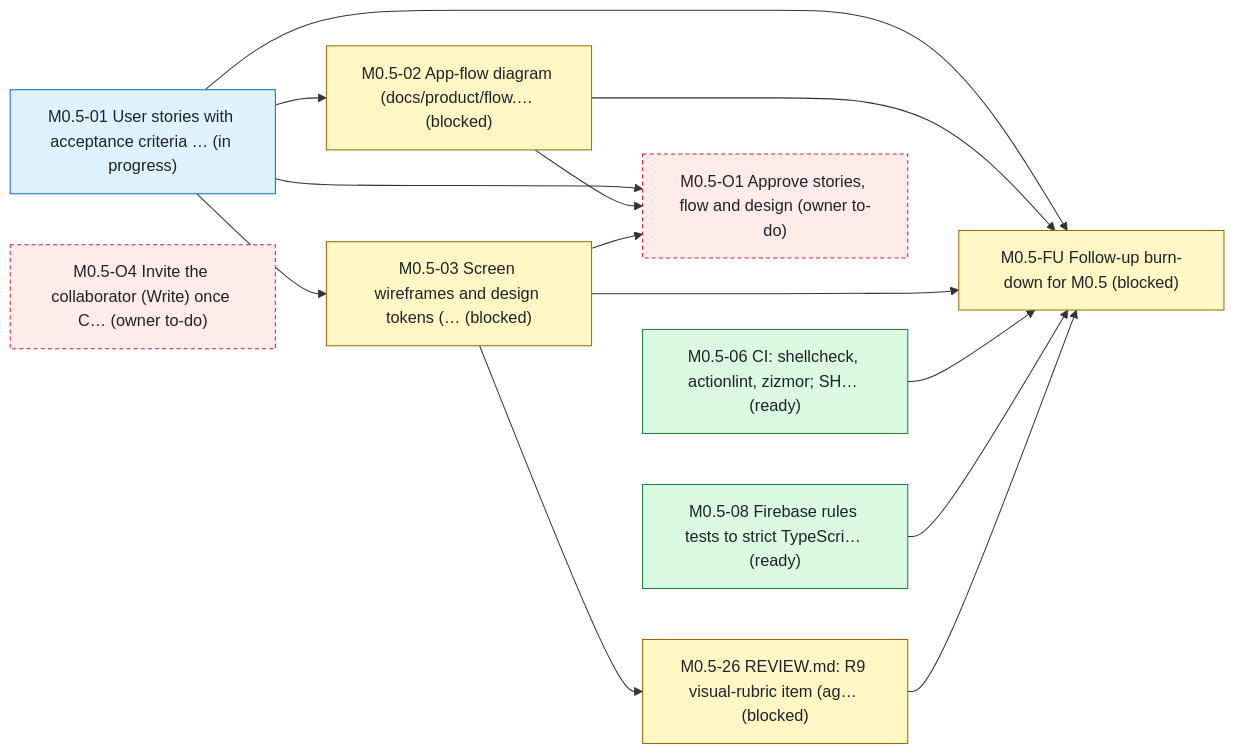
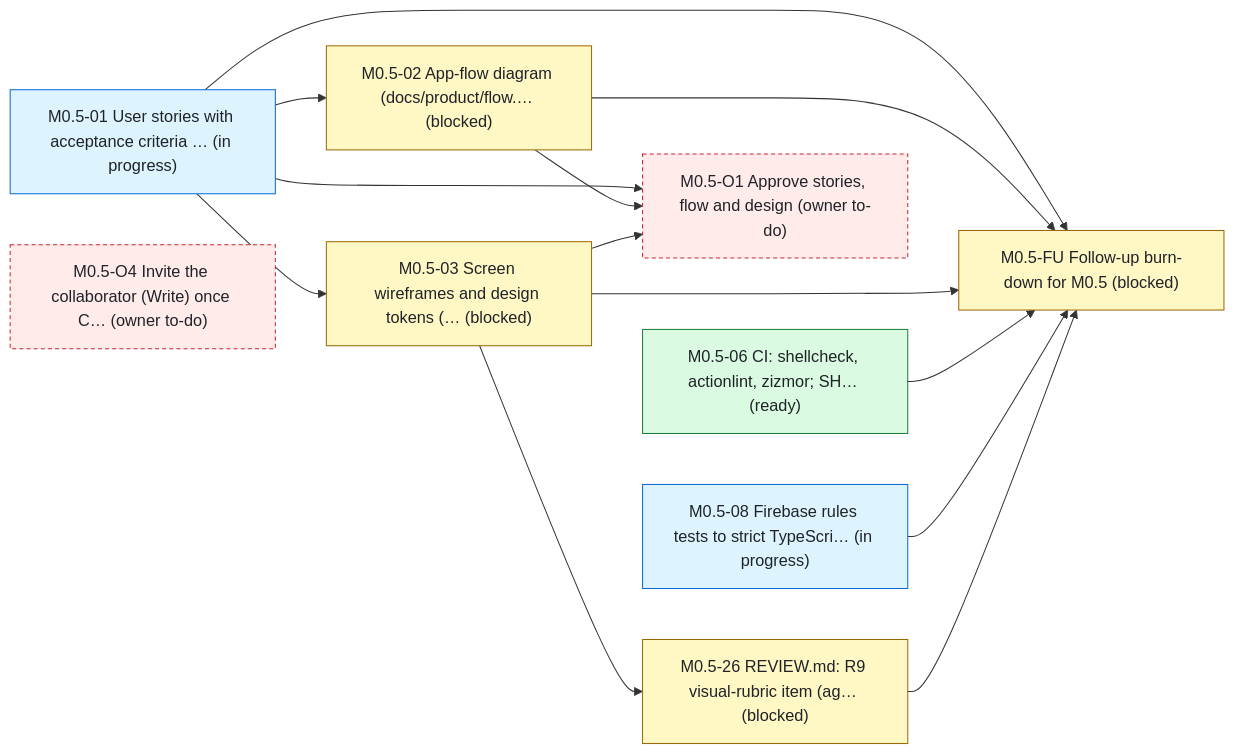
The first of 2 diagrams in status.md (bondo/listicles2), drawn with Mermaid before and after one commit. The commit also changed other lines of this file and 2 other files, not shown here.

````diff
--- a/status.md
+++ b/status.md
@@ -108,29 +108,29 @@
 ```mermaid
 flowchart LR
     n0["M0.5-01 User stories with acceptance criteria … (in progress)"]:::progress
     n1["M0.5-02 App-flow diagram (docs/product/flow.… (blocked)"]:::blocked
     n2["M0.5-03 Screen wireframes and design tokens (… (blocked)"]:::blocked
     n3["M0.5-06 CI: shellcheck, actionlint, zizmor#59; SH… (ready)"]:::ready
-    n4["M0.5-08 Firebase rules tests to strict TypeScri… (ready)"]:::ready
+    n4["M0.5-08 Firebase rules tests to strict TypeScri… (in progress)"]:::progress
     n5["M0.5-FU Follow-up burn-down for M0.5 (blocked)"]:::blocked
     n6["M0.5-O1 Approve stories, flow and design (owner to-do)"]:::owner
     n7["M0.5-26 REVIEW.md: R9 visual-rubric item (ag… (blocked)"]:::blocked
     n8["M0.5-O4 Invite the collaborator (Write) once C… (owner to-do)"]:::owner
     n0 --> n1
     n0 --> n2
     n0 --> n5
     n1 --> n5
     n2 --> n5
     n3 --> n5
     n4 --> n5
     n7 --> n5
     n0 --> n6
     n1 --> n6
     n2 --> n6
     n2 --> n7
     classDef ready fill:#dafbe1,stroke:#1a7f37,color:#1f2328
     classDef progress fill:#ddf4ff,stroke:#0969da,color:#1f2328
     classDef blocked fill:#fff8c5,stroke:#9a6700,color:#1f2328
     classDef owner fill:#ffebe9,stroke:#cf222e,color:#1f2328,stroke-dasharray:4 3
     classDef ext fill:#eaeef2,stroke:#59636e,color:#1f2328,stroke-dasharray:2 2
 ```
````
